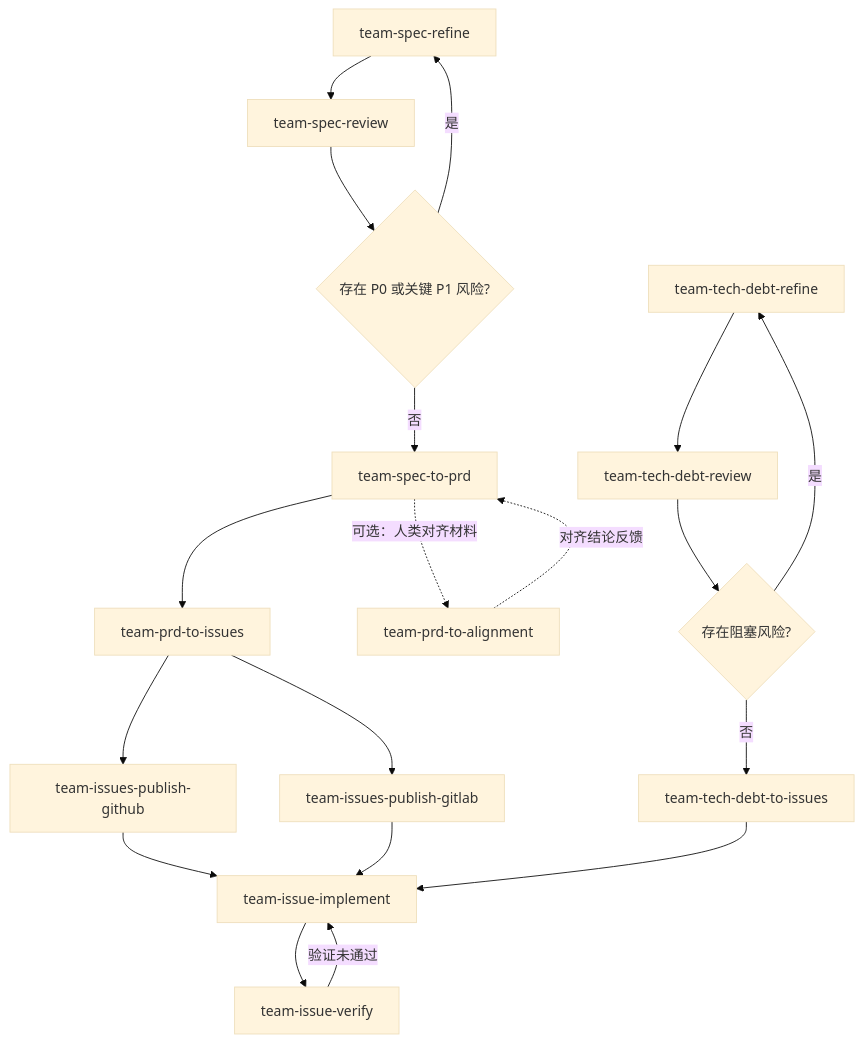
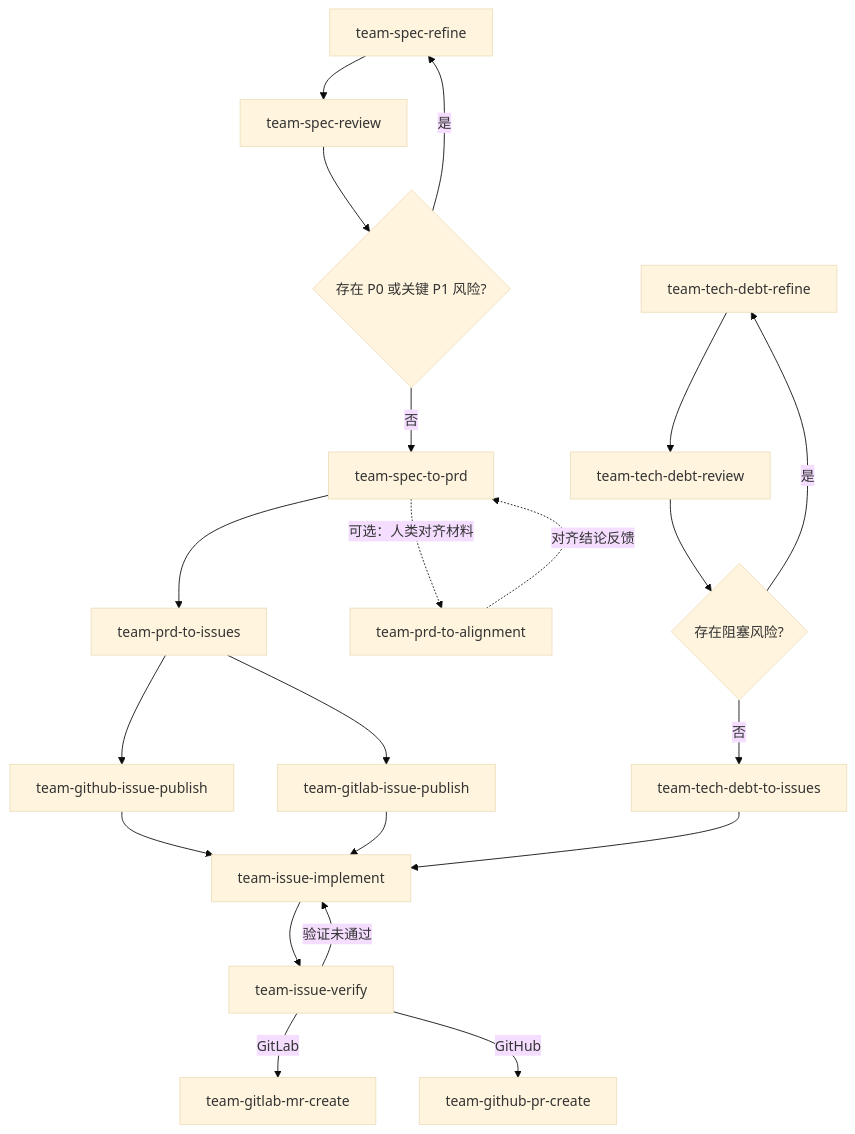
One commit to coolbeevip/team-ai-skills changed the diagram in README.md. Above: the diagram before and after it, drawn with Mermaid (base theme). The commit also changed other lines of this file and 12 other files, not shown here.

Commit message:
Rename issue publish and PR skills

````diff
--- a/README.md
+++ b/README.md
@@ -66,22 +68,24 @@
 ```mermaid
 flowchart TD
     A[team-spec-refine] --> B[team-spec-review]
     B --> C{存在 P0 或关键 P1 风险?}
     C -- 是 --> A
     C -- 否 --> D[team-spec-to-prd]
     D --> F[team-prd-to-issues]
     D -. 可选：人类对齐材料 .-> H[team-prd-to-alignment]
     H -. 对齐结论反馈 .-> D
-    F --> N[team-issues-publish-github]
-    F --> O[team-issues-publish-gitlab]
+    F --> N[team-github-issue-publish]
+    F --> O[team-gitlab-issue-publish]
     N --> G[team-issue-implement]
     O --> G
     G --> I[team-issue-verify]
     I -- 验证未通过 --> G
+    I -- GitLab --> P[team-gitlab-mr-create]
+    I -- GitHub --> Q[team-github-pr-create]
 
     J[team-tech-debt-refine] --> K[team-tech-debt-review]
     K --> L{存在阻塞风险?}
     L -- 是 --> J
     L -- 否 --> M[team-tech-debt-to-issues]
     M --> G
 ```
````
